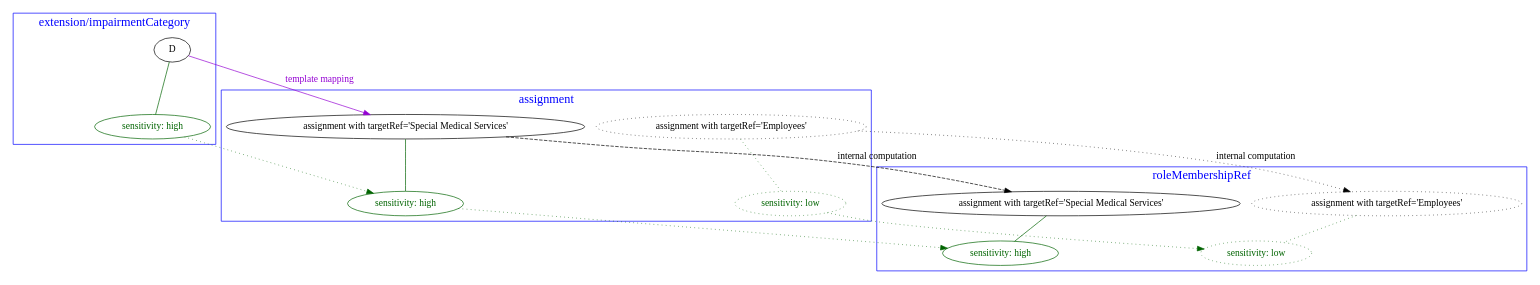
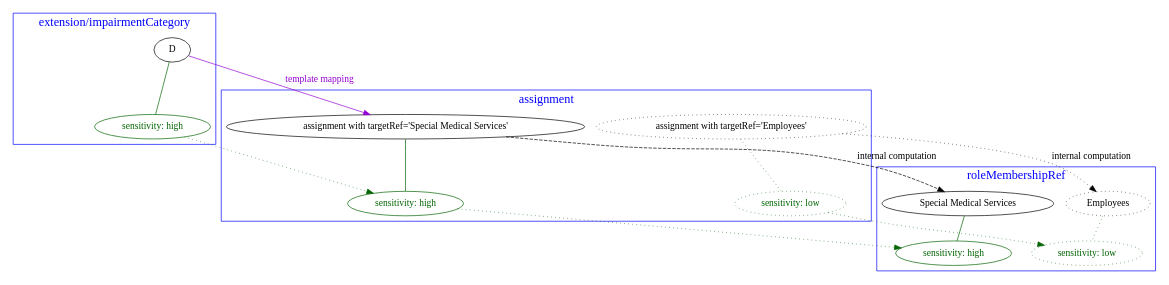
One commit to Evolveum/docs changed the diagram in midpoint/midprivacy/phases/01-data-provenance-prototype/processing/model/examples/example-assignment-sensitive-2.dot. Above: the diagram before and after it, drawn with Graphviz. The commit also changed 1 other file, not shown here.

Commit message:
Fix roleMembershipRef scenario

```diff
--- a/midpoint/midprivacy/phases/01-data-provenance-prototype/processing/model/examples/example-assignment-sensitive-2.dot
+++ b/midpoint/midprivacy/phases/01-data-provenance-prototype/processing/model/examples/example-assignment-sensitive-2.dot
@@ -1,58 +1,58 @@
 digraph G {
     compound=true;
     rankdir=TB;
 
 //    label="Assignment creation based on sensitive data";
 //    labelloc=top; fontsize=24.0;
 
     subgraph cluster_ext_email {
       label="extension/impairmentCategory";
       fontsize=18;
       fontcolor=blue;
       color=blue;
 
       a1 [label="D"];
       a1Sensitivity [label="sensitivity: high", color=darkgreen, fontcolor=darkgreen];
       a1->a1Sensitivity [color=darkgreen, dir=none];
     }
 
     subgraph cluster_output {
       label="assignment"
       fontsize=18;
       fontcolor=blue;
       color=blue;
 
       o1 [label="assignment with targetRef='Special Medical Services'"];
       o1Sensitivity [label="sensitivity: high", color=darkgreen, fontcolor=darkgreen];
       o1->o1Sensitivity [color=darkgreen, dir=none];
 
       o2 [label="assignment with targetRef='Employees'", style=dotted];
       o2Sensitivity [label="sensitivity: low", color=darkgreen, fontcolor=darkgreen, style=dotted];
       o2->o2Sensitivity [color=darkgreen, dir=none, style=dotted];
 
     }
 
     subgraph cluster_roleMembershipRef {
       label="roleMembershipRef"
       fontsize=18;
       fontcolor=blue;
       color=blue;
 
-      x1 [label="assignment with targetRef='Special Medical Services'"];
+      x1 [label="Special Medical Services"];
       x1Sensitivity [label="sensitivity: high", color=darkgreen, fontcolor=darkgreen];
       x1->x1Sensitivity [color=darkgreen, dir=none];
 
-      x2 [label="assignment with targetRef='Employees'", style=dotted];
+      x2 [label="Employees", style=dotted];
       x2Sensitivity [label="sensitivity: low", color=darkgreen, fontcolor=darkgreen, style=dotted];
       x2->x2Sensitivity [color=darkgreen, dir=none, style=dotted];
 
     }
 
     a1 -> o1 [color=darkviolet, fontcolor=darkviolet, label="template mapping"];
     a1Sensitivity -> o1Sensitivity [color=darkgreen, style=dotted];
 
     o1 -> x1 [style=dashed, label="internal computation"];
     o1Sensitivity -> x1Sensitivity [color=darkgreen, style=dotted];
     o2 -> x2 [style=dotted, label="internal computation"];
     o2Sensitivity -> x2Sensitivity [color=darkgreen, style=dotted];
 }
```
